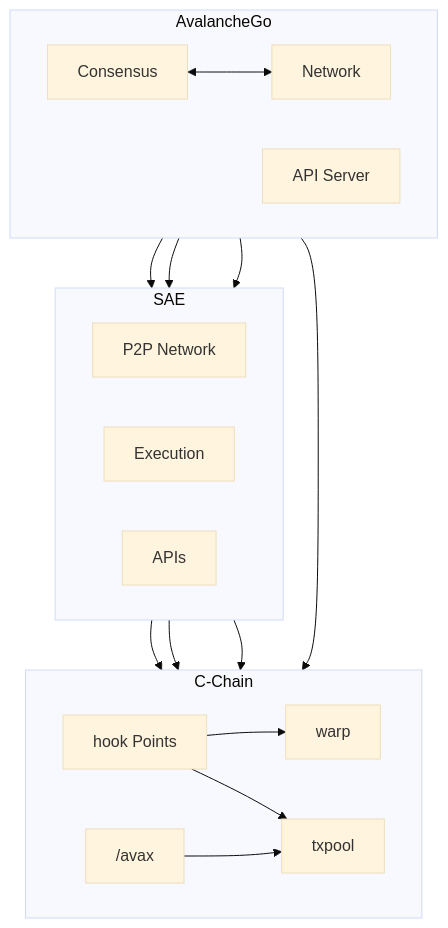
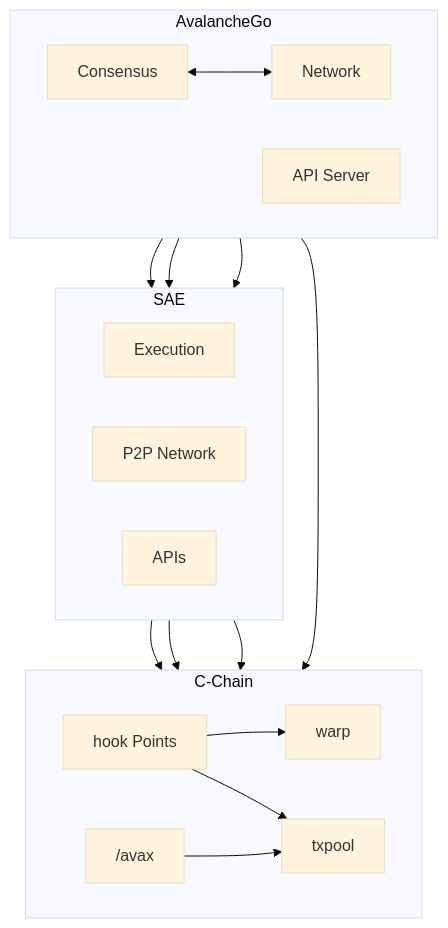
One commit to ava-labs/avalanchego changed the first of 4 diagrams in vms/saevm/cchain/README.md. Above: the diagram before and after it, drawn with Mermaid (base theme). The commit also changed other lines of this file, not shown here.

````diff
--- a/vms/saevm/cchain/README.md
+++ b/vms/saevm/cchain/README.md
@@ -9,38 +9,38 @@
 ```mermaid
 flowchart TB
     subgraph avago["AvalancheGo"]
         direction LR
         consensus["Consensus"]
         network["Network"]
         apiserver["API Server"]
         consensus <--> network
     end
 
     subgraph sae["SAE"]
         direction LR
+        execution["Execution"]
         p2pn["P2P Network"]
-        execution["Execution"]
         apis_sae["APIs"]
     end
 
     subgraph cchain["C-Chain"]
         direction LR
         hook["hook Points"]
         warp["warp"]
         txpool["txpool"]
         avax["/avax"]
     end
 
     network --> p2pn
     consensus --> execution
     apiserver --> apis_sae
     apiserver --> avax
 
     execution --> hook
     p2pn --> warp
     p2pn --> txpool
 
     hook --> warp
     hook --> txpool
     avax --> txpool
 ```
````
